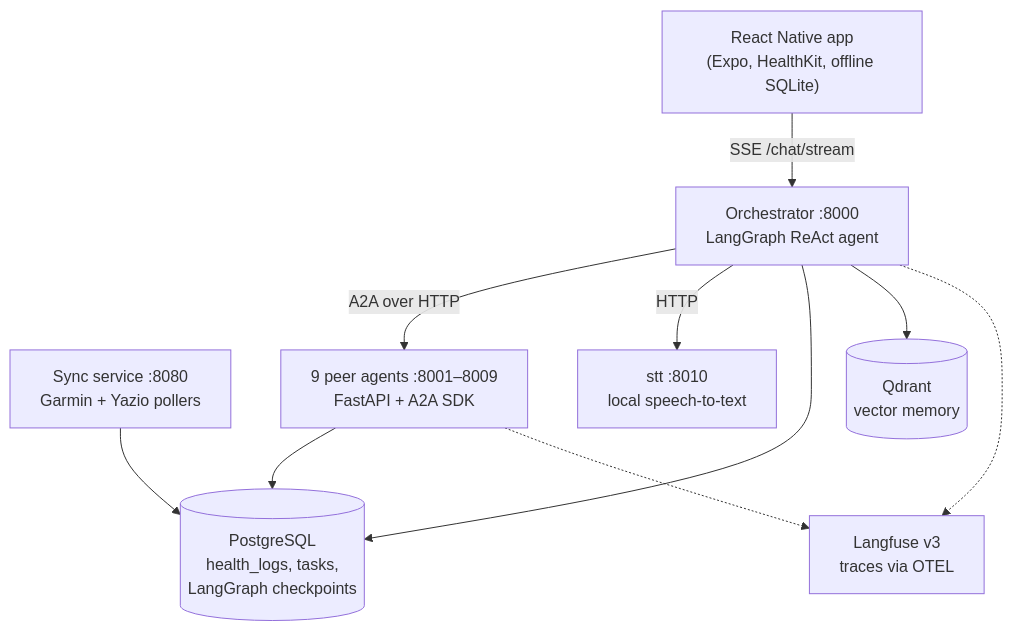
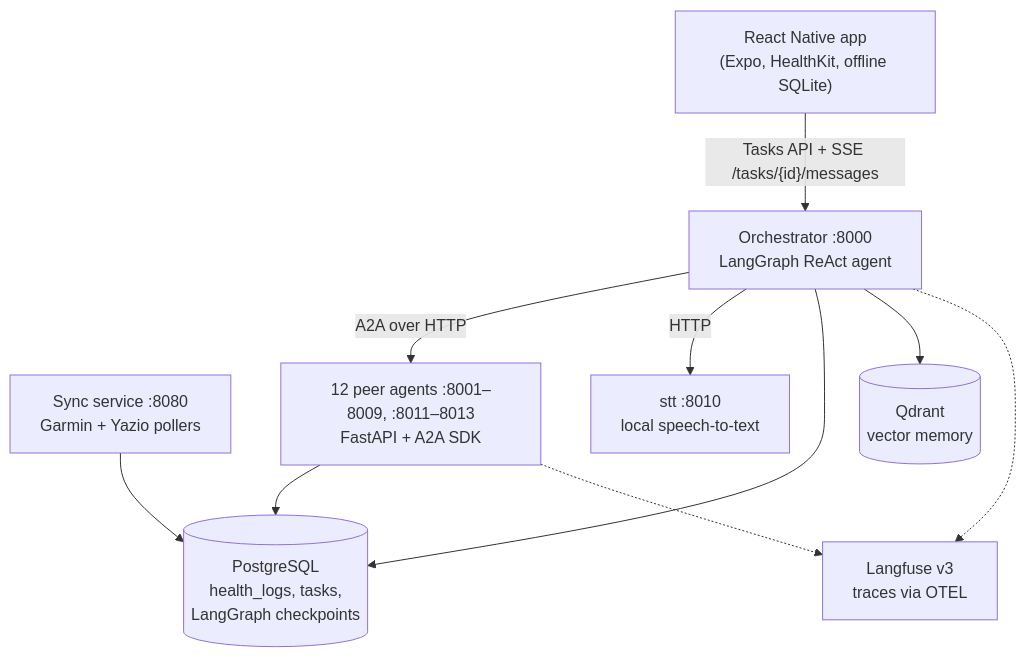
The diagram in README.md (odiukov/life2.0), drawn with Mermaid before and after one commit. The commit also changed other lines of this file and 137 other files, not shown here.

````diff
--- a/README.md
+++ b/README.md
@@ -35,21 +34,21 @@
 ```mermaid
 flowchart TD
     M["React Native app<br/>(Expo, HealthKit, offline SQLite)"]
     O["Orchestrator :8000<br/>LangGraph ReAct agent"]
     S["Sync service :8080<br/>Garmin + Yazio pollers"]
-    A["9 peer agents :8001–8009<br/>FastAPI + A2A SDK"]
+    A["12 peer agents :8001–8009, :8011–8013<br/>FastAPI + A2A SDK"]
     STT["stt :8010<br/>local speech-to-text"]
     PG[("PostgreSQL<br/>health_logs, tasks,<br/>LangGraph checkpoints")]
     Q[("Qdrant<br/>vector memory")]
     L["Langfuse v3<br/>traces via OTEL"]
 
-    M -- "SSE /chat/stream" --> O
+    M -- "Tasks API + SSE /tasks/{id}/messages" --> O
     O -- "A2A over HTTP" --> A
     O -- "HTTP" --> STT
     O --> PG
     O --> Q
     A --> PG
     S --> PG
     O -.-> L
     A -.-> L
 ```
````
